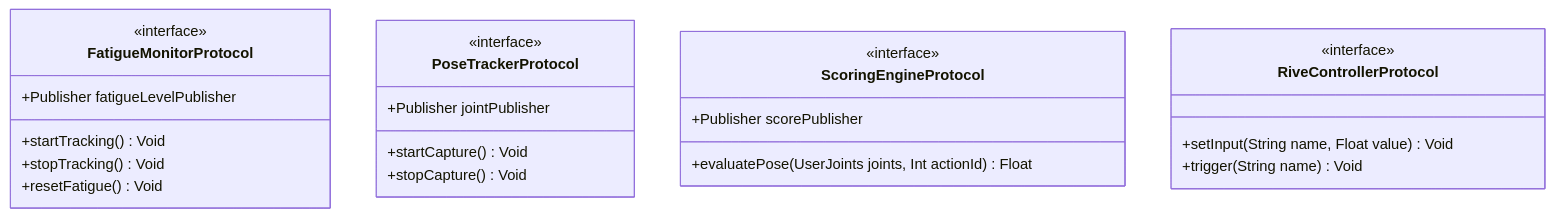
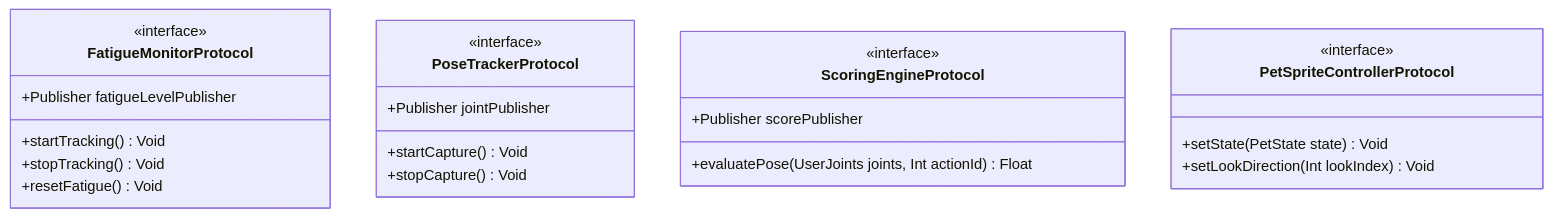
One commit to zt994451054/nickbody changed the diagram in versions/v1.0.0/engineering/api-design.md. Above: the diagram before and after it, drawn with Mermaid. The commit also changed other lines of this file and 12 other files, not shown here.

````diff
--- a/versions/v1.0.0/engineering/api-design.md
+++ b/versions/v1.0.0/engineering/api-design.md
@@ -15,26 +15,26 @@
 ```mermaid
 classDiagram
     class FatigueMonitorProtocol {
         <<interface>>
         +Publisher fatigueLevelPublisher
         +startTracking() Void
         +stopTracking() Void
         +resetFatigue() Void
     }
     class PoseTrackerProtocol {
         <<interface>>
         +Publisher jointPublisher
         +startCapture() Void
         +stopCapture() Void
     }
     class ScoringEngineProtocol {
         <<interface>>
         +Publisher scorePublisher
         +evaluatePose(UserJoints joints, Int actionId) Float
     }
-    class RiveControllerProtocol {
+    class PetSpriteControllerProtocol {
         <<interface>>
-        +setInput(String name, Float value) Void
-        +trigger(String name) Void
+        +setState(PetState state) Void
+        +setLookDirection(Int lookIndex) Void
     }
 ```
````
